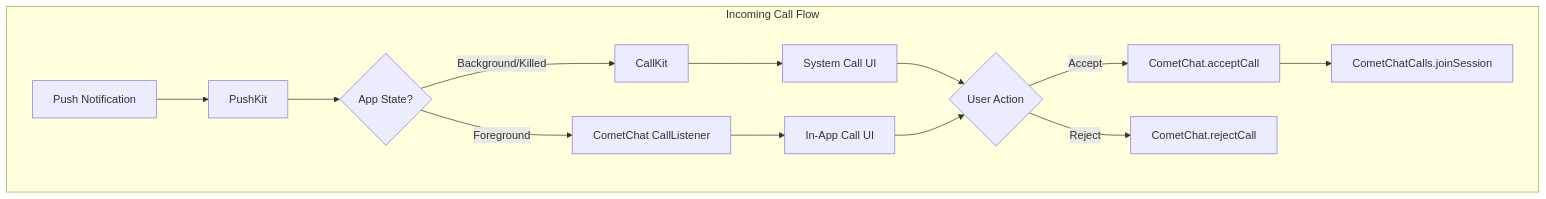
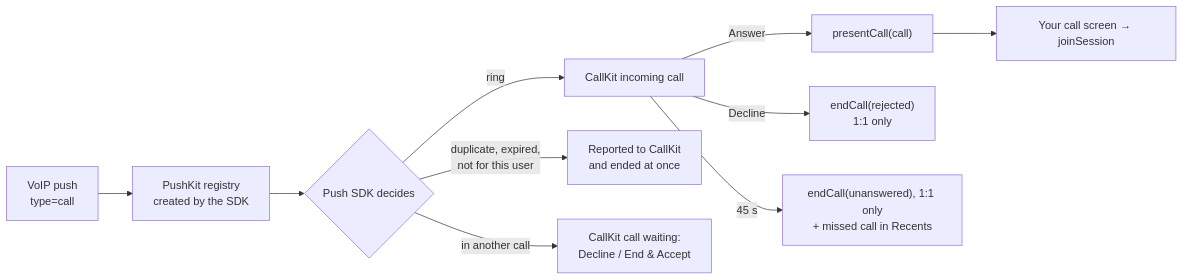
Before and after one commit to cometchat/docs: the diagram in calls/ios/voip-calling.mdx, drawn with Mermaid. The commit also changed other lines of this file and 15 other files, not shown here.

````diff
--- a/calls/ios/voip-calling.mdx
+++ b/calls/ios/voip-calling.mdx
@@ -18,16 +14,12 @@
 ```mermaid
-flowchart TB
-    subgraph "Incoming Call Flow"
-        A[Push Notification] --> B[PushKit]
-        B --> C{App State?}
-        C -->|Background/Killed| D[CallKit]
-        C -->|Foreground| E[CometChat CallListener]
-        D --> F[System Call UI]
-        E --> G[In-App Call UI]
-        F --> H{User Action}
-        G --> H
-        H -->|Accept| I[CometChat.acceptCall]
-        H -->|Reject| J[CometChat.rejectCall]
-        I --> K[CometChatCalls.joinSession]
-    end
+flowchart LR
+    V[VoIP push<br/>type=call] --> K[PushKit registry<br/>created by the SDK]
+    K --> D{Push SDK decides}
+    D -->|ring| C[CallKit incoming call]
+    D -->|duplicate, expired,<br/>not for this user| X[Reported to CallKit<br/>and ended at once]
+    D -->|in another call| W[CallKit call waiting:<br/>Decline / End & Accept]
+    C -->|Answer| P["presentCall(call)"]
+    P --> J[Your call screen → joinSession]
+    C -->|Decline| Q["endCall(rejected)<br/>1:1 only"]
+    C -->|45 s| T["endCall(unanswered), 1:1 only<br/>+ missed call in Recents"]
 ```
````
